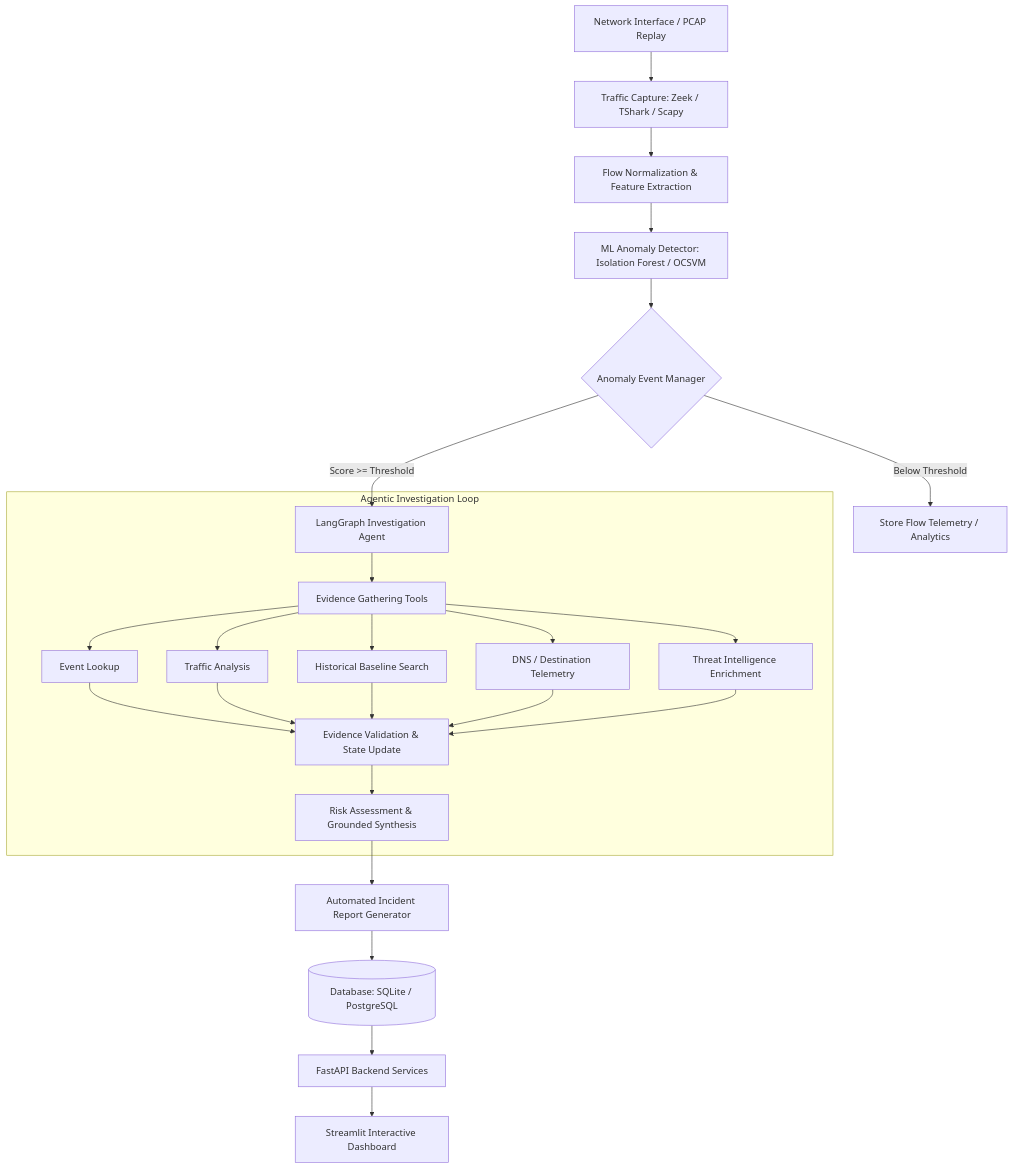
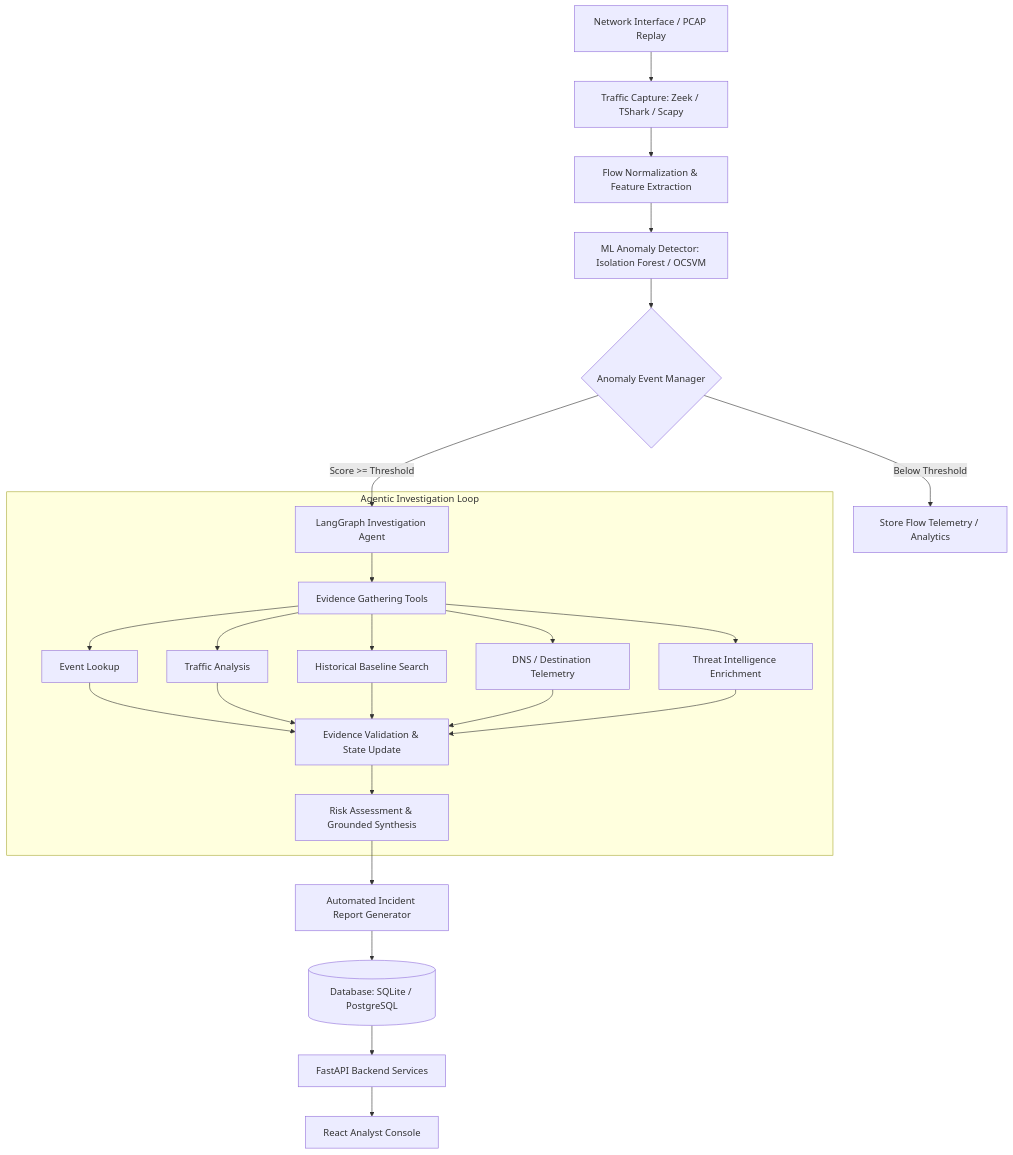
The first of 2 diagrams in README.md (pracheersrivastava/NetSentry), drawn with Mermaid before and after one commit. The commit also changed other lines of this file and 22 other files, not shown here.

Commit message:
feat(ui): add NetSentry analyst console

````diff
--- a/README.md
+++ b/README.md
@@ -30,25 +30,25 @@
 ```mermaid
 flowchart TD
     A[Network Interface / PCAP Replay] --> B[Traffic Capture: Zeek / TShark / Scapy]
     B --> C[Flow Normalization & Feature Extraction]
     C --> D[ML Anomaly Detector: Isolation Forest / OCSVM]
     D --> E{Anomaly Event Manager}
     E -- Below Threshold --> F[Store Flow Telemetry / Analytics]
     E -- Score >= Threshold --> G[LangGraph Investigation Agent]
     
     subgraph Agentic Investigation Loop
         G --> H[Evidence Gathering Tools]
         H --> H1[Event Lookup]
         H --> H2[Traffic Analysis]
         H --> H3[Historical Baseline Search]
         H --> H4[DNS / Destination Telemetry]
         H --> H5[Threat Intelligence Enrichment]
         H1 & H2 & H3 & H4 & H5 --> I[Evidence Validation & State Update]
         I --> J[Risk Assessment & Grounded Synthesis]
     end
     
     J --> K[Automated Incident Report Generator]
     K --> L[(Database: SQLite / PostgreSQL)]
     L --> M[FastAPI Backend Services]
-    M --> N[Streamlit Interactive Dashboard]
+    M --> N[React Analyst Console]
 ```
````
